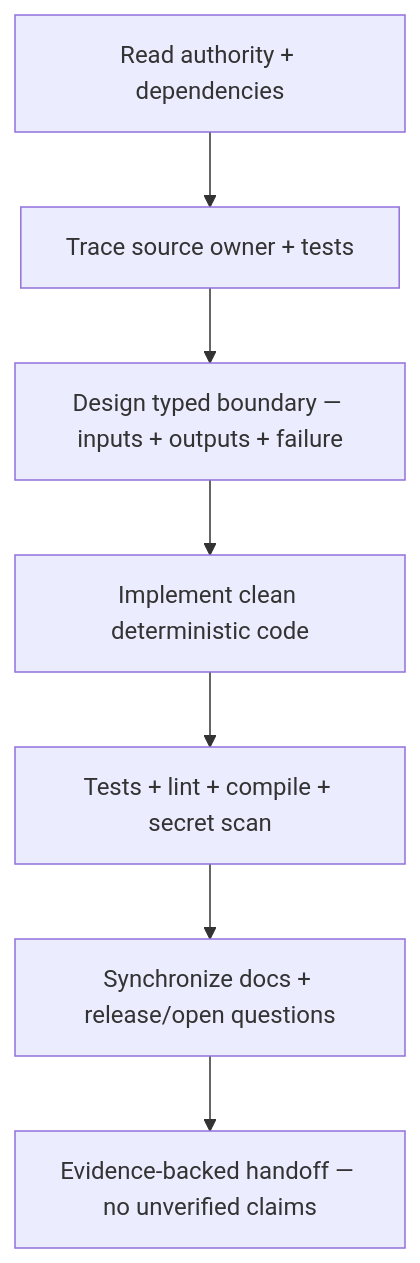
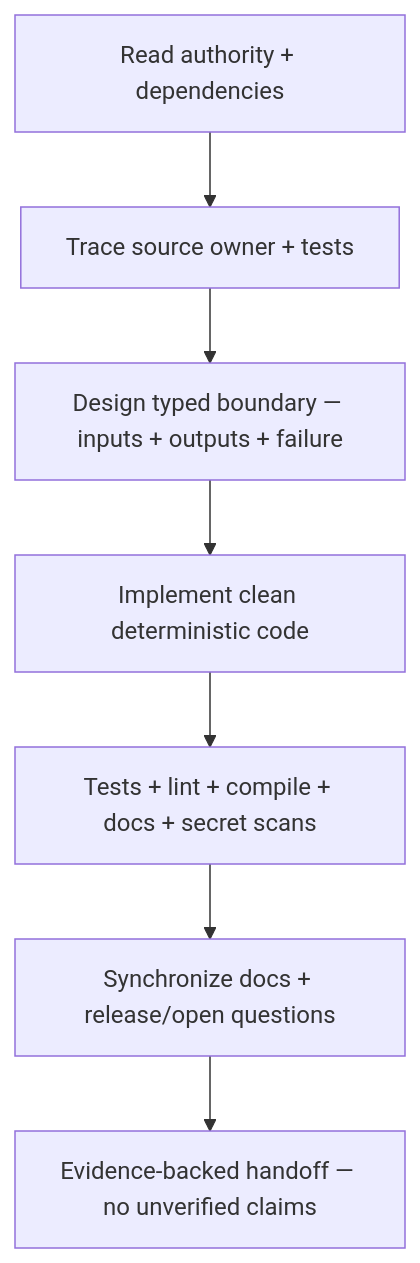
The diagram in docs/FINAL_BUILD_PROMPT.md (qamaratwork00-cmyk/GoldSwingTraderAI), drawn with Mermaid before and after one commit. The commit also changed other lines of this file and 33 other files, not shown here.

````diff
--- a/docs/FINAL_BUILD_PROMPT.md
+++ b/docs/FINAL_BUILD_PROMPT.md
@@ -53,9 +62,9 @@
 ```mermaid
 flowchart TB
     READ["Read authority + dependencies"] --> TRACE["Trace source owner + tests"]
     TRACE --> DESIGN["Design typed boundary — inputs + outputs + failure"]
     DESIGN --> CODE["Implement clean deterministic code"]
-    CODE --> PROVE["Tests + lint + compile + secret scan"]
+    CODE --> PROVE["Tests + lint + compile + docs + secret scans"]
     PROVE --> DOCS["Synchronize docs + release/open questions"]
     DOCS --> HANDOFF["Evidence-backed handoff — no unverified claims"]
 ```
````
